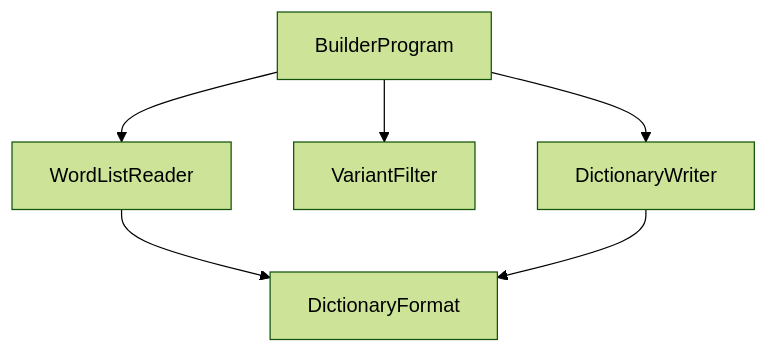
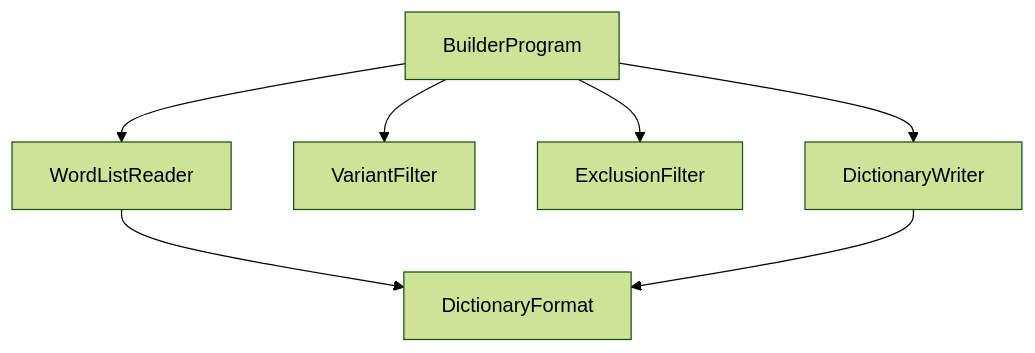
One commit to demaconsulting/TextLint changed the diagram in docs/design/dictionary-builder.md. Above: the diagram before and after it, drawn with Mermaid (forest theme). The commit also changed other lines of this file and 71 other files, not shown here.

````diff
--- a/docs/design/dictionary-builder.md
+++ b/docs/design/dictionary-builder.md
@@ -16,13 +16,15 @@
 ```mermaid
 flowchart TD
     BuilderProgram
     WordListReader
     VariantFilter
+    ExclusionFilter
     DictionaryWriter
     DictionaryFormat
     BuilderProgram --> WordListReader
     BuilderProgram --> VariantFilter
+    BuilderProgram --> ExclusionFilter
     BuilderProgram --> DictionaryWriter
     WordListReader --> DictionaryFormat
     DictionaryWriter --> DictionaryFormat
 ```
````
